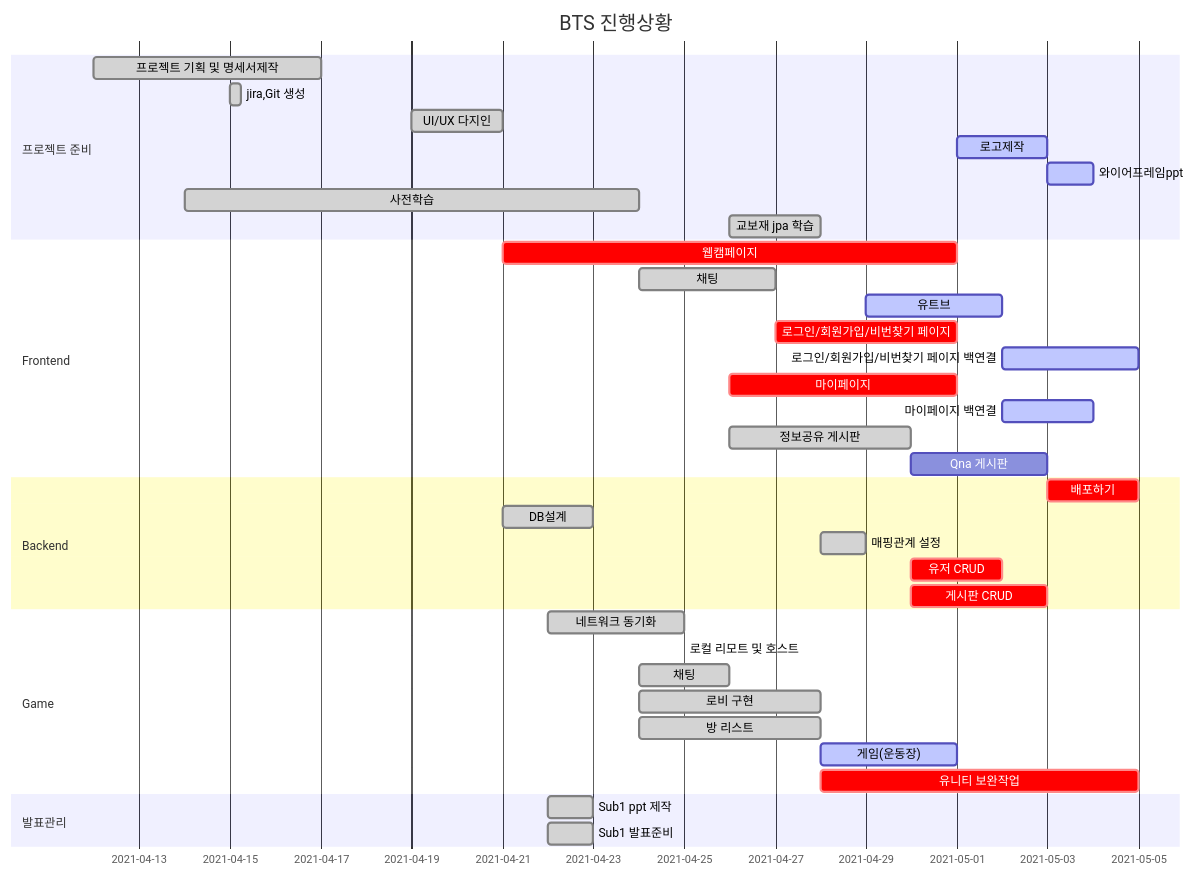
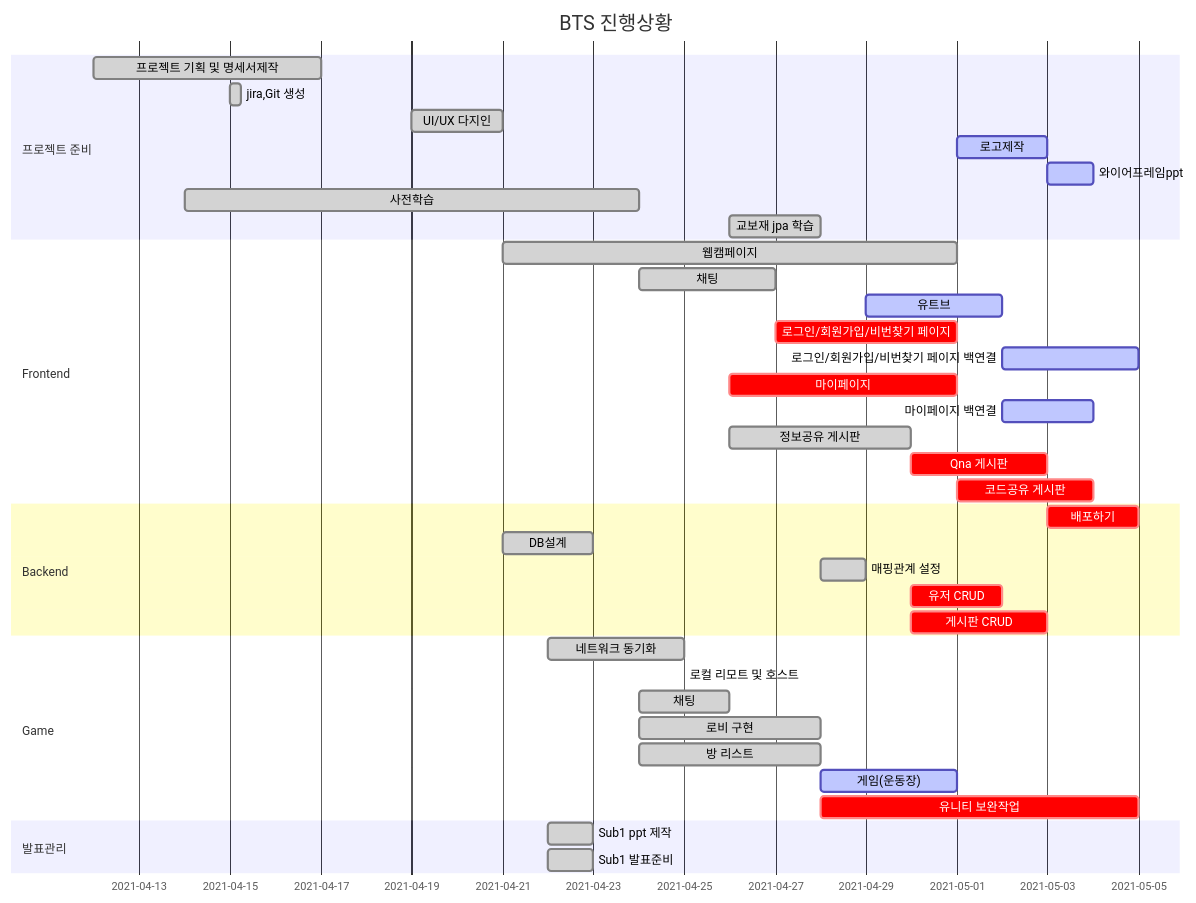
The diagram in README.md (Luminousjiny/PJT_BTS), drawn with Mermaid before and after one commit.

Commit message:
간트차트 업데이트

````diff
--- a/README.md
+++ b/README.md
@@ -50,44 +50,45 @@
 ```mermaid
 gantt
     title BTS 진행상황
     dateFormat  YYYY-MM-DD
     section 프로젝트 준비
     프로젝트 기획 및 명세서제작 : done, 2021-04-12, 5d
     jira,Git 생성  :done, 2021-04-15, 6h
     UI/UX 다지인  : done,   2021-04-19, 2d
     로고제작 : active, 2021-05-01, 2d
     와이어프레임ppt : active, 2021-05-03, 1d
     사전학습  : done, 2021-04-14, 10d
     교보재 jpa 학습 : done, 2021-04-26, 2d
 
     section Frontend
-    웹캠페이지 : crit, 2021-04-21, 10d
+    웹캠페이지 : done, 2021-04-21, 10d
     채팅 : done, 2021-04-24, 3d
     유트브 : active, 2021-04-29, 3d
     로그인/회원가입/비번찾기 페이지 : crit, 2021-04-27, 4d
     로그인/회원가입/비번찾기 페이지 백연결 : active, 2021-05-02, 3d
     마이페이지 : crit, 2021-04-26, 5d
     마이페이지 백연결 : active, 2021-05-02, 2d
     정보공유 게시판 : done, 2021-04-26, 4d
-    Qna 게시판 : cirt, 2021-04-30, 3d
+    Qna 게시판 : crit, 2021-04-30, 3d
+    코드공유 게시판 : crit, 2021-05-01, 3d
     
     section Backend
     배포하기 : crit, 2021-05-03, 2d
     DB설계 : done, 2021-04-21, 2d
     매핑관계 설정 : done, 2021-04-28, 1d
     유저 CRUD : crit, 2021-04-30, 2d
     게시판 CRUD : crit, 2021-04-30, 3d
     
     section Game
 	네트워크 동기화 : done, 2021-04-22, 3d
 	로컬 리모트 및 호스트 : done, 2021-04-23 1d
 	채팅 : done, 2021-04-24, 2d
 	로비 구현 : done, 2021-04-24, 4d
     방 리스트 : done, 2021-04-24, 4d
     게임(운동장) : active, 2021-04-28,3d
     유니티 보완작업 : crit, 2021-04-28, 7d
     
     section 발표관리
     Sub1 ppt 제작 : done, 2021-04-22, 1d
     Sub1 발표준비 : done, 2021-04-22, 1d
 ```
````
